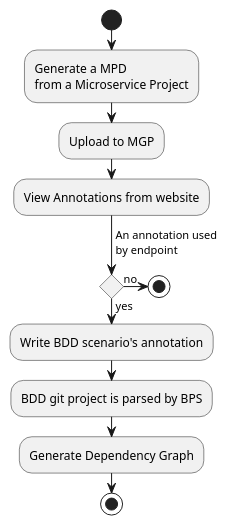
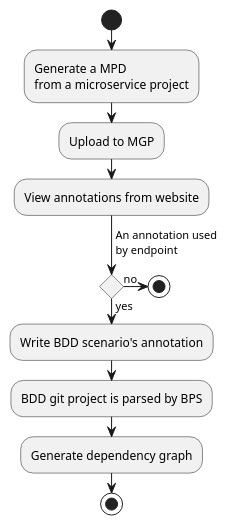
The diagram in diagram/annotation.puml (b4456609/mgp-back), drawn with PlantUML before and after one commit.

```diff
--- a/diagram/annotation.puml
+++ b/diagram/annotation.puml
@@ -1,15 +1,15 @@
 @startuml
 start
-:Generate a MPD\nfrom a Microservice Project;
+:Generate a MPD\nfrom a microservice project;
 :Upload to MGP;
-:View Annotations from website;
+:View annotations from website;
 -> An annotation used \nby endpoint;
 if() then(yes)
 :Write BDD scenario's annotation;
 :BDD git project is parsed by BPS;
-:Generate Dependency Graph;
+:Generate dependency graph;
 else (no)
 stop
 endif
 stop
 @enduml
```
